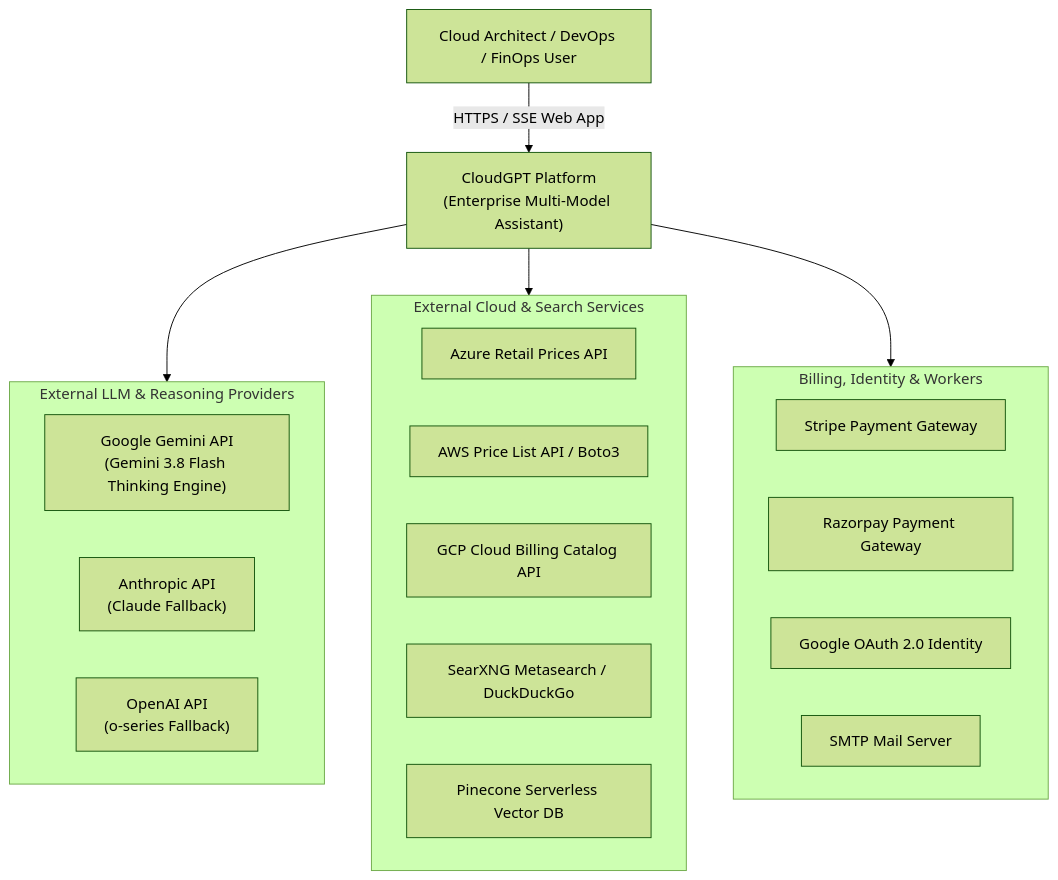
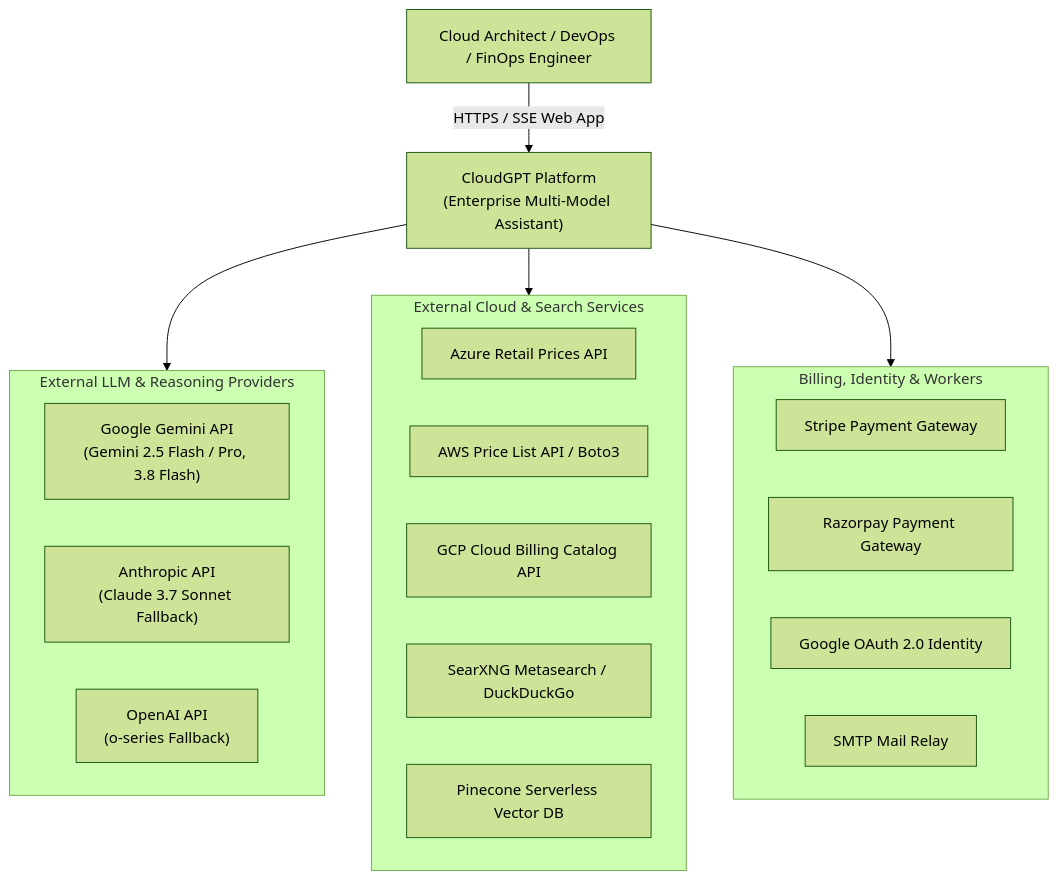
One commit to Fazil29IND/CloudGPT changed the first of 2 diagrams in docs/system-architecture.md. Above: the diagram before and after it, drawn with Mermaid (forest theme). The commit also changed other lines of this file and 1 other file, not shown here.

Commit message:
docs: update system architecture and system design with exhaustive folder and file analysis

````diff
--- a/docs/system-architecture.md
+++ b/docs/system-architecture.md
@@ -34,31 +43,31 @@
 ```mermaid
 graph TD
-    User["Cloud Architect / DevOps / FinOps User"]
+    User["Cloud Architect / DevOps / FinOps Engineer"]
     CloudGPT["CloudGPT Platform<br/>(Enterprise Multi-Model Assistant)"]
   
     subgraph External_AI_Providers ["External LLM & Reasoning Providers"]
-        Google["Google Gemini API<br/>(Gemini 3.8 Flash Thinking Engine)"]
-        Anthropic["Anthropic API<br/>(Claude Fallback)"]
+        Google["Google Gemini API<br/>(Gemini 2.5 Flash / Pro, 3.8 Flash)"]
+        Anthropic["Anthropic API<br/>(Claude 3.7 Sonnet Fallback)"]
         OpenAI["OpenAI API<br/>(o-series Fallback)"]
     end
 
     subgraph External_Cloud_APIs ["External Cloud & Search Services"]
         AzureRetail["Azure Retail Prices API"]
         AWSPricingAPI["AWS Price List API / Boto3"]
         GCPCatalog["GCP Cloud Billing Catalog API"]
         SearXNGAPI["SearXNG Metasearch / DuckDuckGo"]
         PineconeDB["Pinecone Serverless Vector DB"]
     end
 
     subgraph External_Gateways ["Billing, Identity & Workers"]
         StripeGW["Stripe Payment Gateway"]
         RazorpayGW["Razorpay Payment Gateway"]
         GoogleOIDC["Google OAuth 2.0 Identity"]
-        SMTPRelay["SMTP Mail Server"]
+        SMTPRelay["SMTP Mail Relay"]
     end
 
     User -->|HTTPS / SSE Web App| CloudGPT
     CloudGPT --> External_AI_Providers
     CloudGPT --> External_Cloud_APIs
     CloudGPT --> External_Gateways
 ```
````
